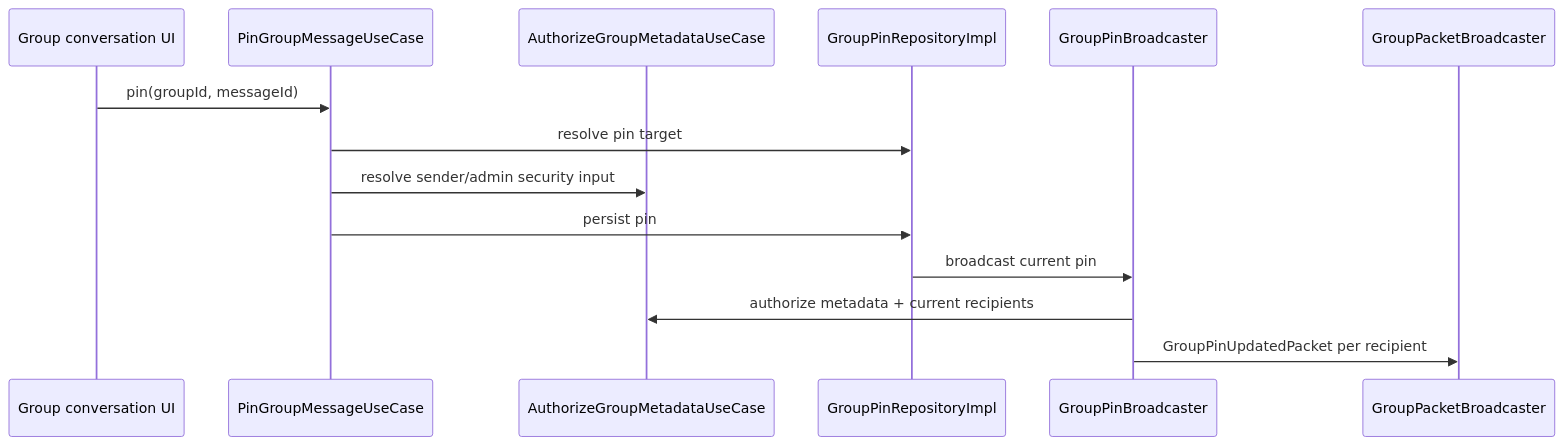
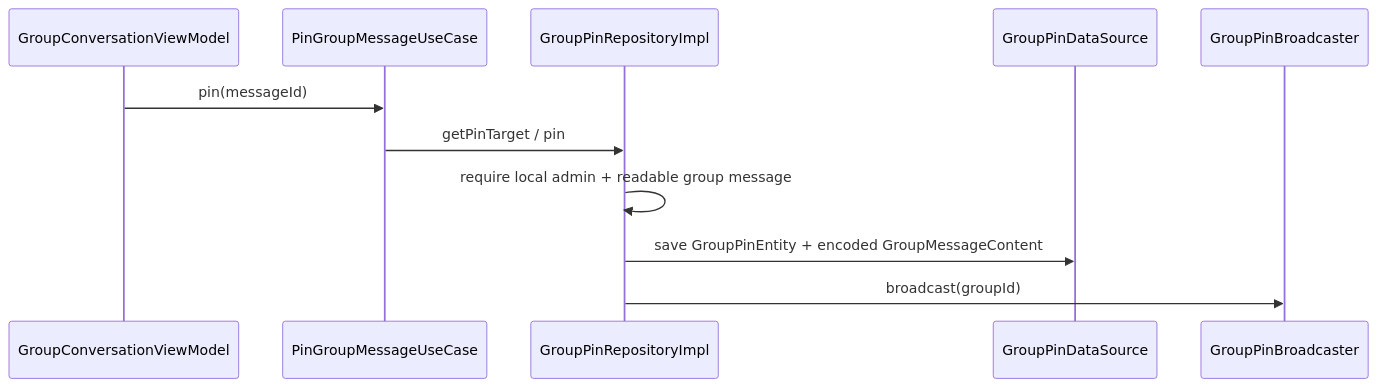
Before and after one commit to cbgm/Sparrow: the diagram in docs/features/pinned-messages.md, drawn with Mermaid. The commit also changed other lines of this file and 92 other files, not shown here.

````diff
--- a/docs/features/pinned-messages.md
+++ b/docs/features/pinned-messages.md
@@ -26,17 +21,14 @@
 ```mermaid
 sequenceDiagram
-    participant UI as Group conversation UI
+    participant UI as GroupConversationViewModel
     participant UC as PinGroupMessageUseCase
-    participant MEM as AuthorizeGroupMetadataUseCase
-    participant REP as GroupPinRepositoryImpl
+    participant R as GroupPinRepositoryImpl
+    participant DB as GroupPinDataSource
     participant B as GroupPinBroadcaster
-    participant OUT as GroupPacketBroadcaster
 
-    UI->>UC: pin(groupId, messageId)
-    UC->>REP: resolve pin target
-    UC->>MEM: resolve sender/admin security input
-    UC->>REP: persist pin
-    REP->>B: broadcast current pin
-    B->>MEM: authorize metadata + current recipients
-    B->>OUT: GroupPinUpdatedPacket per recipient
+    UI->>UC: pin(messageId)
+    UC->>R: getPinTarget / pin
+    R->>R: require local admin + readable group message
+    R->>DB: save GroupPinEntity + encoded GroupMessageContent
+    R->>B: broadcast(groupId)
 ```
````
